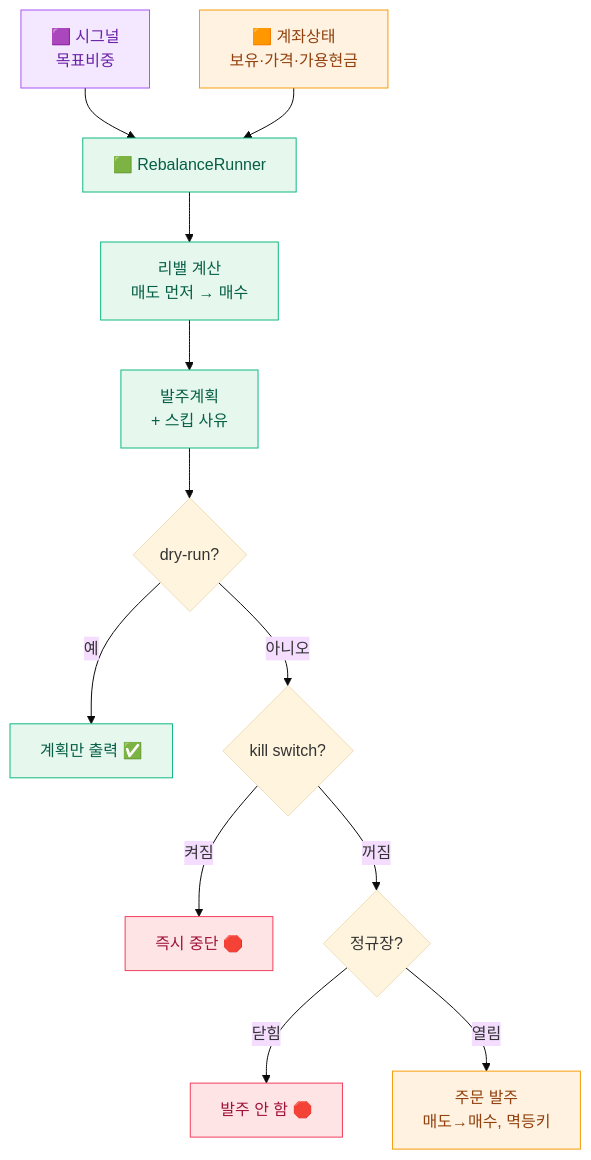
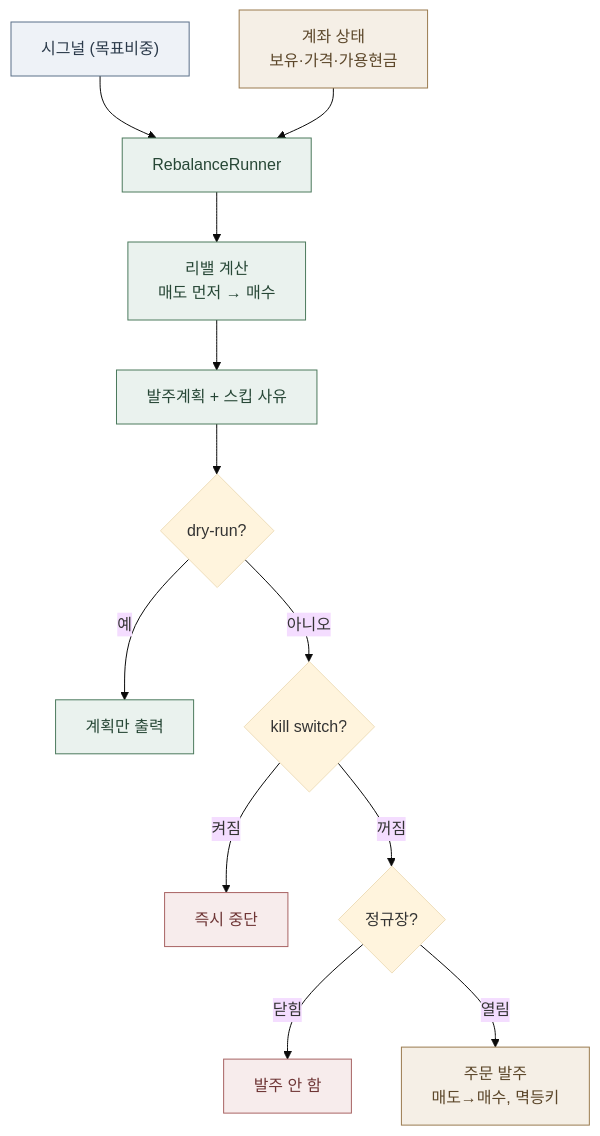
Before and after one commit to perfectwan8765/auto-stock-trader: the third of 3 diagrams in ARCHITECTURE.md, drawn with Mermaid (base theme). The commit also changed other lines of this file and 1 other file, not shown here.

First line of the commit message:
docs: README·ARCHITECTURE 톤 정리 (이모지·과장 표현 제거)

````diff
--- a/ARCHITECTURE.md
+++ b/ARCHITECTURE.md
@@ -91,19 +79,19 @@
 ```mermaid
 flowchart TD
-  S["🟪 시그널<br/>목표비중"]:::model --> R
-  BK["🟧 계좌상태<br/>보유·가격·가용현금"]:::broker --> R["🟩 RebalanceRunner"]:::exec
+  S["시그널 (목표비중)"]:::model --> R
+  BK["계좌 상태<br/>보유·가격·가용현금"]:::broker --> R["RebalanceRunner"]:::exec
   R --> C["리밸 계산<br/>매도 먼저 → 매수"]:::exec
-  C --> P["발주계획<br/>+ 스킵 사유"]:::exec
+  C --> P["발주계획 + 스킵 사유"]:::exec
   P --> DR{"dry-run?"}
-  DR -->|"예"| OUT["계획만 출력 ✅"]:::exec
+  DR -->|"예"| OUT["계획만 출력"]:::exec
   DR -->|"아니오"| K{"kill switch?"}
-  K -->|"켜짐"| STOP["즉시 중단 🛑"]:::blocked
+  K -->|"켜짐"| STOP["즉시 중단"]:::blocked
   K -->|"꺼짐"| MK{"정규장?"}
-  MK -->|"닫힘"| AB["발주 안 함 🛑"]:::blocked
+  MK -->|"닫힘"| AB["발주 안 함"]:::blocked
   MK -->|"열림"| PL["주문 발주<br/>매도→매수, 멱등키"]:::broker
 
-  classDef model fill:#f3e8ff,stroke:#a855f7,color:#6b21a8
-  classDef exec fill:#e6f7ee,stroke:#10b981,color:#065f46
-  classDef broker fill:#fff2e0,stroke:#f59e0b,color:#92400e
-  classDef blocked fill:#ffe4e6,stroke:#f43f5e,color:#9f1239
+  classDef model fill:#eef2f7,stroke:#5b7089,color:#2b3a4a
+  classDef exec fill:#eaf2ee,stroke:#4c7a5d,color:#274736
+  classDef broker fill:#f5efe6,stroke:#9a7b4f,color:#5c472a
+  classDef blocked fill:#f7ecec,stroke:#a86464,color:#6e3535
 ```
````
